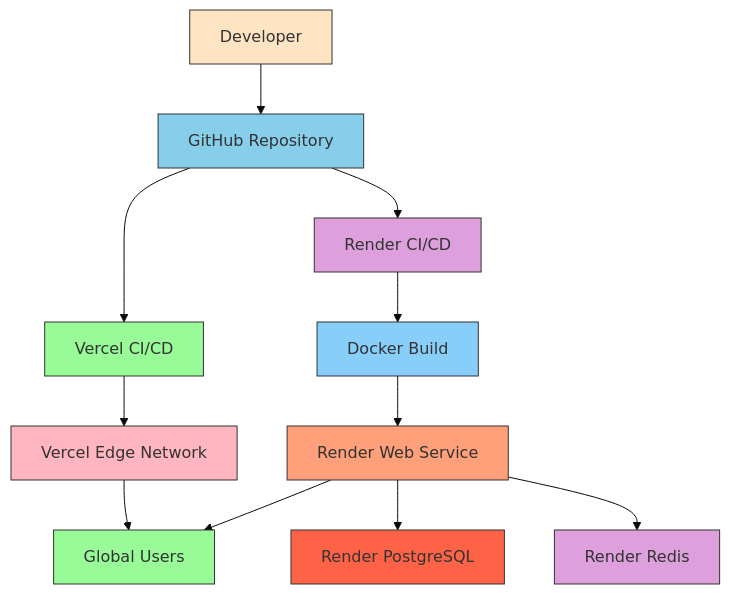
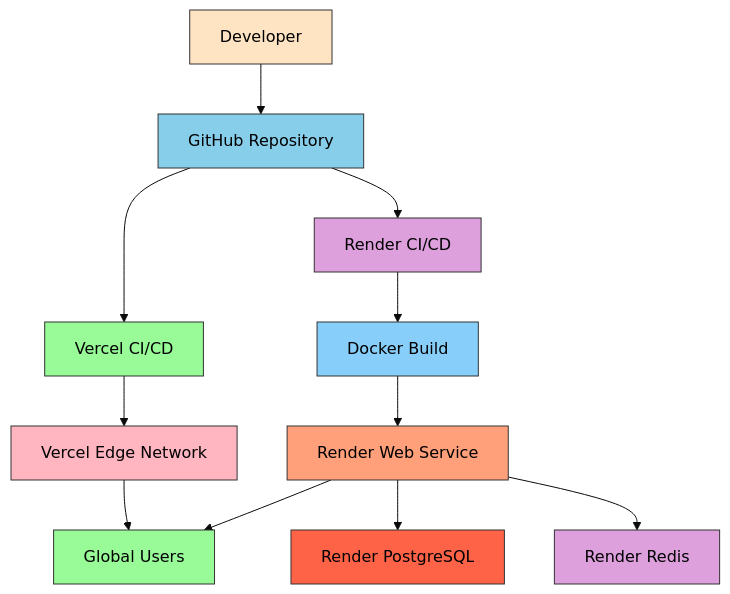
Before and after one commit to aryan083/pokedex: the third of 8 diagrams in SOLUTION_SUMMARY.md, drawn with Mermaid (base theme). The commit also changed other lines of this file, not shown here.

Commit message:
Add SVG diagrams exported from mermaid charts in SOLUTION_SUMMARY.md

````diff
--- a/SOLUTION_SUMMARY.md
+++ b/SOLUTION_SUMMARY.md
@@ -78,24 +78,24 @@
 ```mermaid
 graph TD
     A[Developer] --> B[GitHub Repository]
     B --> C[Vercel CI/CD]
     B --> D[Render CI/CD]
     C --> E[Vercel Edge Network]
     D --> F[Docker Build]
     F --> G[Render Web Service]
     G --> H[Render PostgreSQL]
     G --> I[Render Redis]
     E --> J[Global Users]
     G --> J
     
-    style A fill:#FFE4C4,stroke:#333
-    style B fill:#87CEEB,stroke:#333
-    style C fill:#98FB98,stroke:#333
-    style D fill:#DDA0DD,stroke:#333
-    style E fill:#FFB6C1,stroke:#333
-    style F fill:#87CEFA,stroke:#333
-    style G fill:#FFA07A,stroke:#333
-    style H fill:#FF6347,stroke:#333
-    style I fill:#DDA0DD,stroke:#333
-    style J fill:#98FB98,stroke:#333
+    style A fill:#FFE4C4,stroke:#333,color:#000
+    style B fill:#87CEEB,stroke:#333,color:#000
+    style C fill:#98FB98,stroke:#333,color:#000
+    style D fill:#DDA0DD,stroke:#333,color:#000
+    style E fill:#FFB6C1,stroke:#333,color:#000
+    style F fill:#87CEFA,stroke:#333,color:#000
+    style G fill:#FFA07A,stroke:#333,color:#000
+    style H fill:#FF6347,stroke:#333,color:#000
+    style I fill:#DDA0DD,stroke:#333,color:#000
+    style J fill:#98FB98,stroke:#333,color:#000
 ```
````
